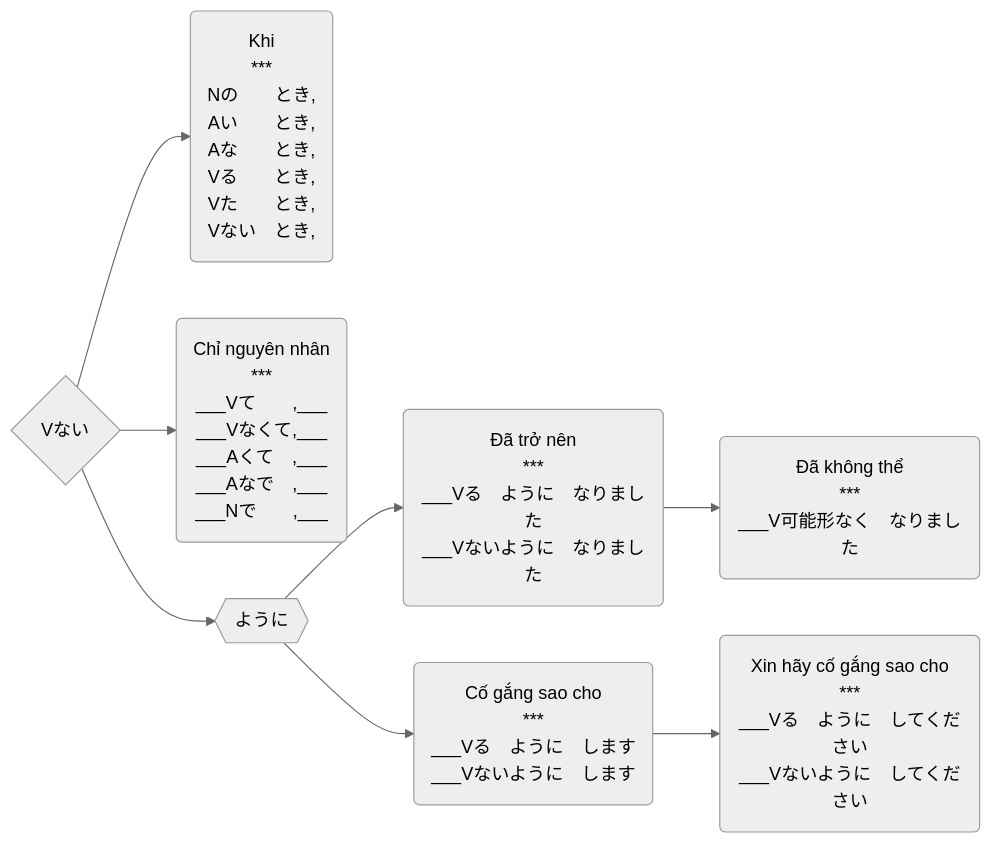
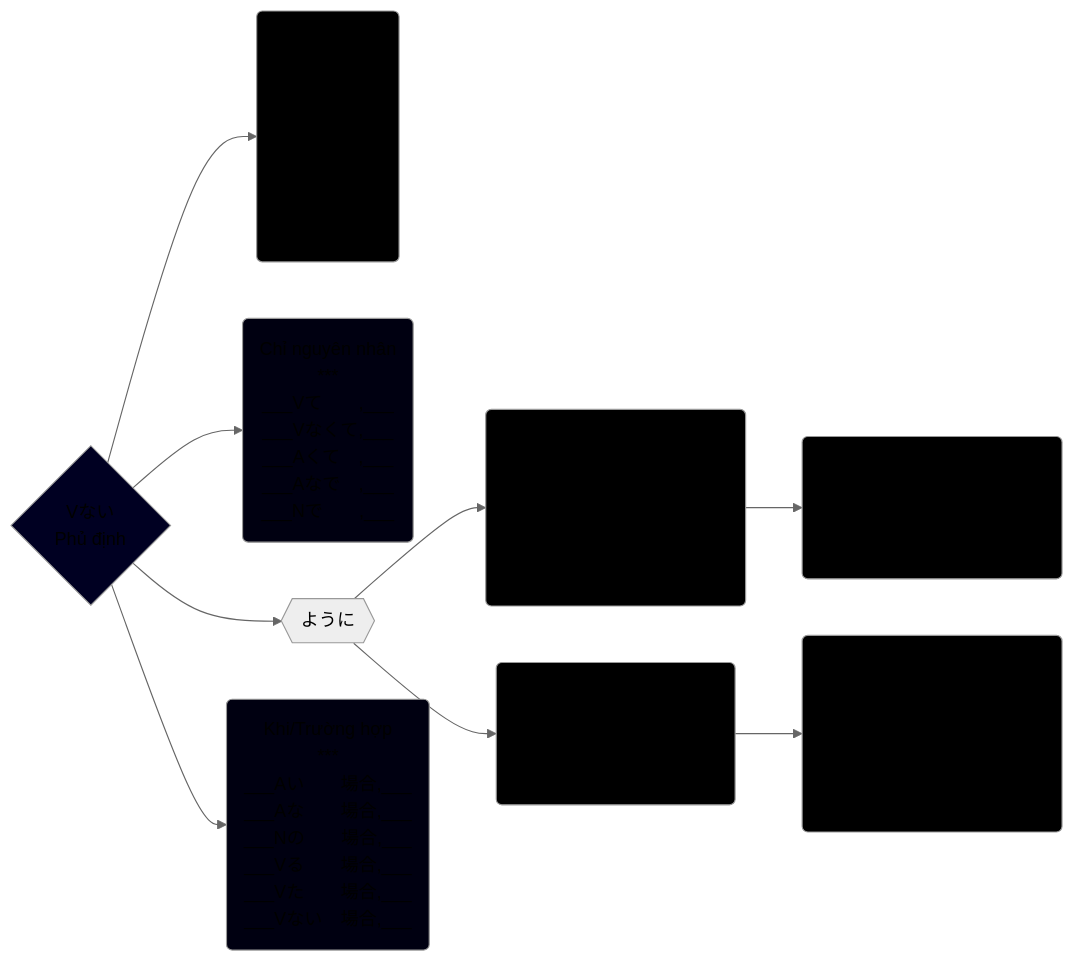
Before and after one commit to tea1504/learn: the diagram in The/未然形.md, drawn with Mermaid (neutral theme). The commit also changed 18 other files, not shown here.

````diff
--- a/The/未然形.md
+++ b/The/未然形.md
@@ -1,12 +1,22 @@
 ```mermaid
 graph LR;
-    V{Vない}
+    V{Vない\n Phủ định}
 
     V-->khi(Khi\n***\nNの　　とき,\nAい　　とき,\nAな　　とき,\nVる　　とき,\nVた　　とき,\nVない　とき,)
     V-->chiNguyenNhan(Chỉ nguyên nhân\n***\n___Vて　　,___\n___Vなくて,___\n___Aくて　,___\n___Aなで　,___\n___Nで　　,___)
     V-->youni{{ように}}
     youni-->daTroNen(Đã trở nên\n***\n___Vる　ように　なりました\n___Vないように　なりました)
     youni-->coGangSaoCho(Cố gắng sao cho\n***\n___Vる　ように　します\n___Vないように　します)
     coGangSaoCho-->xinHayCoGangSaoCho(Xin hãy cố gắng sao cho\n***\n___Vる　ように　してください\n___Vないように　してください)
     daTroNen-->daKhongThe(Đã không thể\n***\n___V可能形なく　なりました)
+    V-->truongHop(Khi/Trường hợp\n***\n___Aい　　場合,___\n___Aな　　場合,___\n___Nの　　場合,___\n___Vる　　場合,___\n___Vた　　場合,___\n___Vない　場合,___)
+
+    style V fill:#002
+    style chiNguyenNhan fill:#001
+    style coGangSaoCho fill:#000
+    style daKhongThe fill:#000
+    style daTroNen fill:#000
+    style khi fill:#000
+    style truongHop fill:#001
+    style xinHayCoGangSaoCho fill:#000
 ```
````
